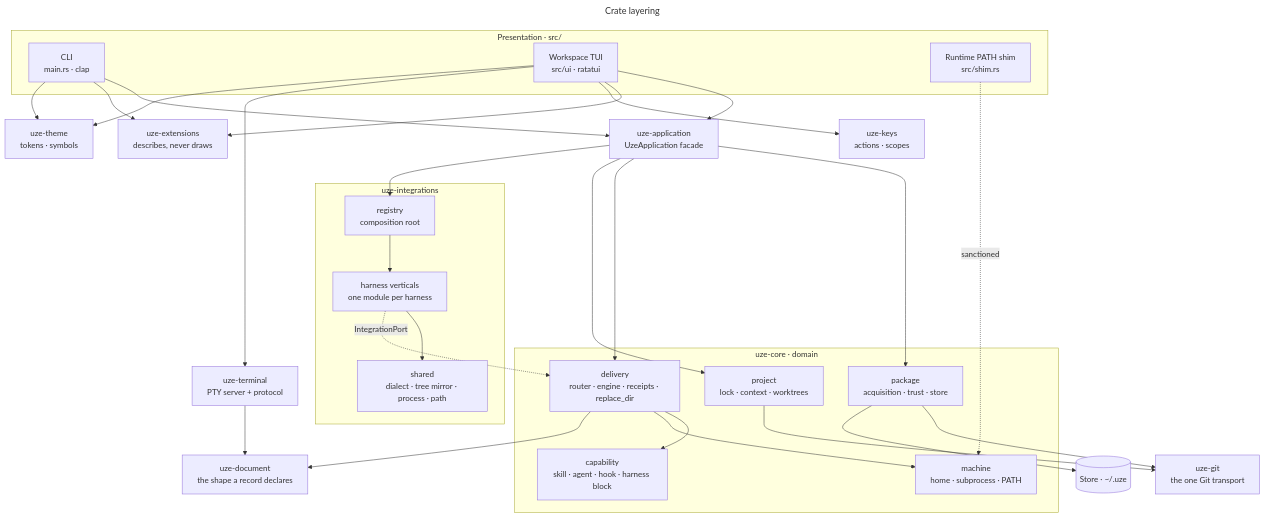
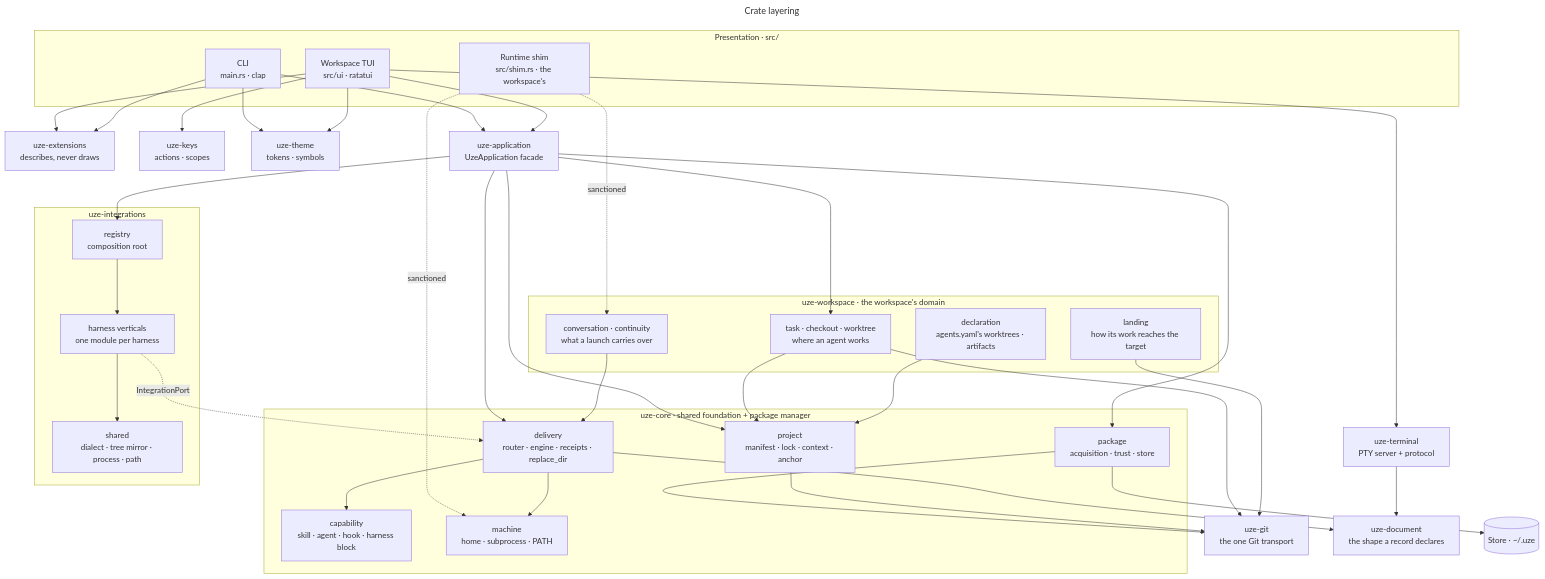
The diagram in docs/architecture/crate-layering.mmd (uze-sh/uze), drawn with Mermaid before and after one commit. The commit also changed 235 other files, not shown here.

First line of the commit message:
feat: separate the package manager and the workspace (#157)

```diff
--- a/docs/architecture/crate-layering.mmd
+++ b/docs/architecture/crate-layering.mmd
@@ -1,53 +1,66 @@
 ---
 title: Crate layering
 ---
 flowchart TD
   subgraph presentation [Presentation · src/]
     cli[CLI<br/>main.rs · clap]
     tui[Workspace TUI<br/>src/ui · ratatui]
-    shim[Runtime PATH shim<br/>src/shim.rs]
+    shim[Runtime shim<br/>src/shim.rs · the workspace's]
   end
   ext[uze-extensions<br/>describes, never draws]
   keys[uze-keys<br/>actions · scopes]
   theme[uze-theme<br/>tokens · symbols]
   terminal[uze-terminal<br/>PTY server + protocol]
   app[uze-application<br/>UzeApplication facade]
-  subgraph core [uze-core · domain]
+  subgraph ws [uze-workspace · the workspace's domain]
+    tasks[task · checkout · worktree<br/>where an agent works]
+    landing[landing<br/>how its work reaches the target]
+    conversation[conversation · continuity<br/>what a launch carries over]
+    declaration[declaration<br/>agents.yaml's worktrees · artifacts]
+  end
+  subgraph core [uze-core · shared foundation + package manager]
     package[package<br/>acquisition · trust · store]
     capability[capability<br/>skill · agent · hook · harness block]
     delivery[delivery<br/>router · engine · receipts · replace_dir]
-    project[project<br/>lock · context · worktrees]
+    project[project<br/>manifest · lock · context · anchor]
     machine[machine<br/>home · subprocess · PATH]
   end
   subgraph integrations [uze-integrations]
     registry[registry<br/>composition root]
     verticals[harness verticals<br/>one module per harness]
     shared[shared<br/>dialect · tree mirror · process · path]
   end
   git[uze-git<br/>the one Git transport]
   document[uze-document<br/>the shape a record declares]
   store[(Store · ~/.uze)]
 
   cli --> app
   tui --> app
   tui --> ext
   cli --> ext
   tui --> keys
   tui --> terminal
   cli --> theme
   tui --> theme
   shim -.->|sanctioned| machine
   app --> package
   app --> delivery
   app --> project
   app --> registry
+  app --> tasks
+  tasks --> project
+  tasks --> git
+  landing --> git
+  declaration --> project
+  conversation --> delivery
+  shim -.->|sanctioned| conversation
   registry --> verticals
   verticals --> shared
   verticals -.->|IntegrationPort| delivery
   delivery --> capability
   delivery --> machine
   package --> git
   project --> git
   package --> store
   delivery --> document
   terminal --> document
```
